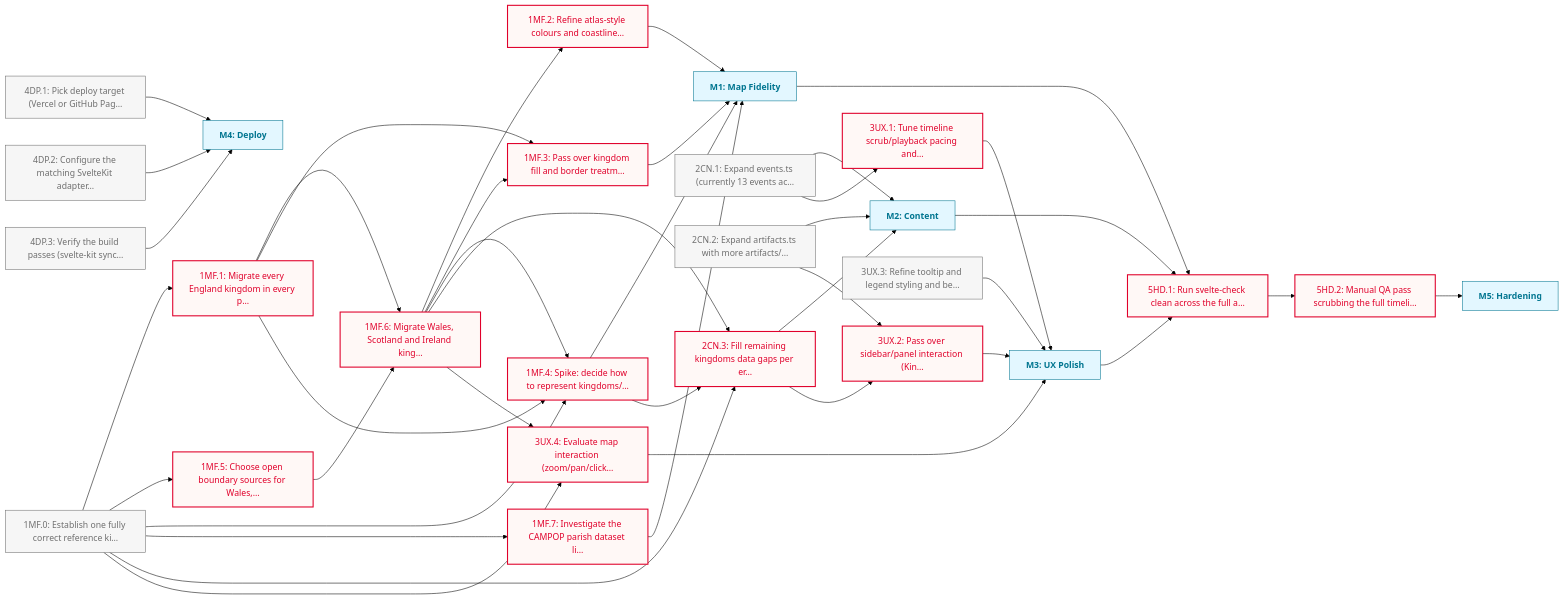
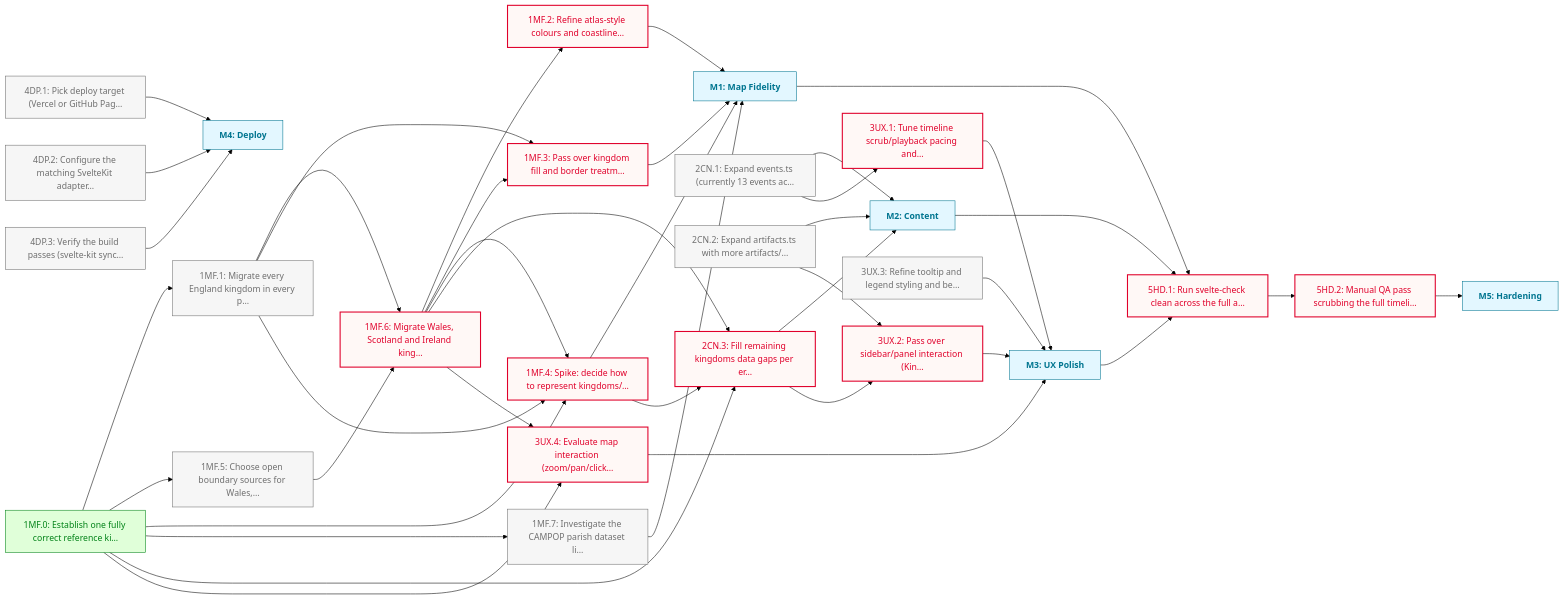
One commit to JasonWarrenUK/historia changed the diagram in docs/roadmaps/HISTORIA_FOUNDATION.md. Above: the diagram before and after it, drawn with Mermaid (forest theme). The commit also changed other lines of this file and 2 other files, not shown here.

First line of the commit message:
chore(roadmap): mark 1MF.0 done and unblock its dependants

````diff
--- a/docs/roadmaps/HISTORIA_FOUNDATION.md
+++ b/docs/roadmaps/HISTORIA_FOUNDATION.md
@@ -68,77 +68,78 @@
 ```mermaid
 graph LR
 	classDef todo fill:#f6f6f6,stroke:#6f6f6f,color:#6f6f6f
 	classDef inProgress fill:#e8f2ff,stroke:#0071af,color:#0071af
 	classDef blocked fill:#fff8f6,stroke:#e0002b,color:#e0002b,stroke-width:2px
 	classDef paused fill:#fdf4ff,stroke:#b01fe3,color:#b01fe3,stroke-dasharray:4 3
 	classDef deferred fill:#fff8f3,stroke:#ac5c00,color:#ac5c00,stroke-dasharray:2 4,font-style:italic
 	classDef done fill:#e0ffd9,stroke:#008217,color:#008217
 	classDef outOfScope fill:#f6f6f6,stroke:#717171,color:#717171,stroke-dasharray:2 2
 	classDef mile fill:#e3f7ff,stroke:#007590,color:#007590,font-weight:bold
 	classDef external fill:#fff9e5,stroke:#7d6f00,color:#7d6f00,stroke-dasharray:4 3,font-style:italic
 	1MF.0["1MF.0: Establish one fully correct reference ki…"]
 	1MF.1["1MF.1: Migrate every England kingdom in every p…"]
 	1MF.5["1MF.5: Choose open boundary sources for Wales,…"]
 	1MF.6["1MF.6: Migrate Wales, Scotland and Ireland king…"]
 	1MF.2["1MF.2: Refine atlas-style colours and coastline…"]
 	1MF.3["1MF.3: Pass over kingdom fill and border treatm…"]
 	1MF.4["1MF.4: Spike: decide how to represent kingdoms/…"]
 	1MF.7["1MF.7: Investigate the CAMPOP parish dataset li…"]
 	M1["M1: Map Fidelity"]:::mile
 	2CN.1["2CN.1: Expand events.ts (currently 13 events ac…"]
 	2CN.2["2CN.2: Expand artifacts.ts with more artifacts/…"]
 	2CN.3["2CN.3: Fill remaining kingdoms data gaps per er…"]
 	M2["M2: Content"]:::mile
 	3UX.1["3UX.1: Tune timeline scrub/playback pacing and…"]
 	3UX.2["3UX.2: Pass over sidebar/panel interaction (Kin…"]
 	3UX.3["3UX.3: Refine tooltip and legend styling and be…"]
 	3UX.4["3UX.4: Evaluate map interaction (zoom/pan/click…"]
 	M3["M3: UX Polish"]:::mile
 	4DP.1["4DP.1: Pick deploy target (Vercel or GitHub Pag…"]
 	4DP.2["4DP.2: Configure the matching SvelteKit adapter…"]
 	4DP.3["4DP.3: Verify the build passes (svelte-kit sync…"]
 	M4["M4: Deploy"]:::mile
 	5HD.1["5HD.1: Run svelte-check clean across the full a…"]
 	5HD.2["5HD.2: Manual QA pass scrubbing the full timeli…"]
 	M5["M5: Hardening"]:::mile
 	1MF.0 --> 1MF.1
 	1MF.0 --> 1MF.5
 	1MF.0 --> 1MF.4
 	1MF.0 --> 1MF.7
 	1MF.0 --> 2CN.3
 	1MF.0 --> 3UX.4
 	1MF.1 --> 1MF.6
 	1MF.1 --> 1MF.3
 	1MF.1 --> 1MF.4
 	1MF.5 --> 1MF.6
 	1MF.6 --> 1MF.2
 	1MF.6 --> 1MF.3
 	1MF.6 --> 1MF.4
 	1MF.6 --> 2CN.3
 	1MF.6 --> 3UX.4
 	1MF.2 --> M1
 	1MF.3 --> M1
 	1MF.4 --> M1
 	1MF.4 --> 2CN.3
 	1MF.7 --> M1
 	M1 --> 5HD.1
 	2CN.1 --> M2
 	2CN.1 --> 3UX.1
 	2CN.2 --> M2
 	2CN.2 --> 3UX.2
 	2CN.3 --> M2
 	2CN.3 --> 3UX.2
 	M2 --> 5HD.1
 	3UX.1 --> M3
 	3UX.2 --> M3
 	3UX.3 --> M3
 	3UX.4 --> M3
 	M3 --> 5HD.1
 	4DP.1 --> M4
 	4DP.2 --> M4
 	4DP.3 --> M4
 	5HD.1 --> 5HD.2
 	5HD.2 --> M5
-	class 1MF.0,2CN.1,2CN.2,3UX.3,4DP.1,4DP.2,4DP.3 todo
-	class 1MF.1,1MF.2,1MF.3,1MF.4,1MF.5,1MF.6,1MF.7,2CN.3,3UX.1,3UX.2,3UX.4,5HD.1,5HD.2 blocked
+	class 1MF.1,1MF.5,1MF.7,2CN.1,2CN.2,3UX.3,4DP.1,4DP.2,4DP.3 todo
+	class 1MF.2,1MF.3,1MF.4,1MF.6,2CN.3,3UX.1,3UX.2,3UX.4,5HD.1,5HD.2 blocked
+	class 1MF.0 done
 ```
````
